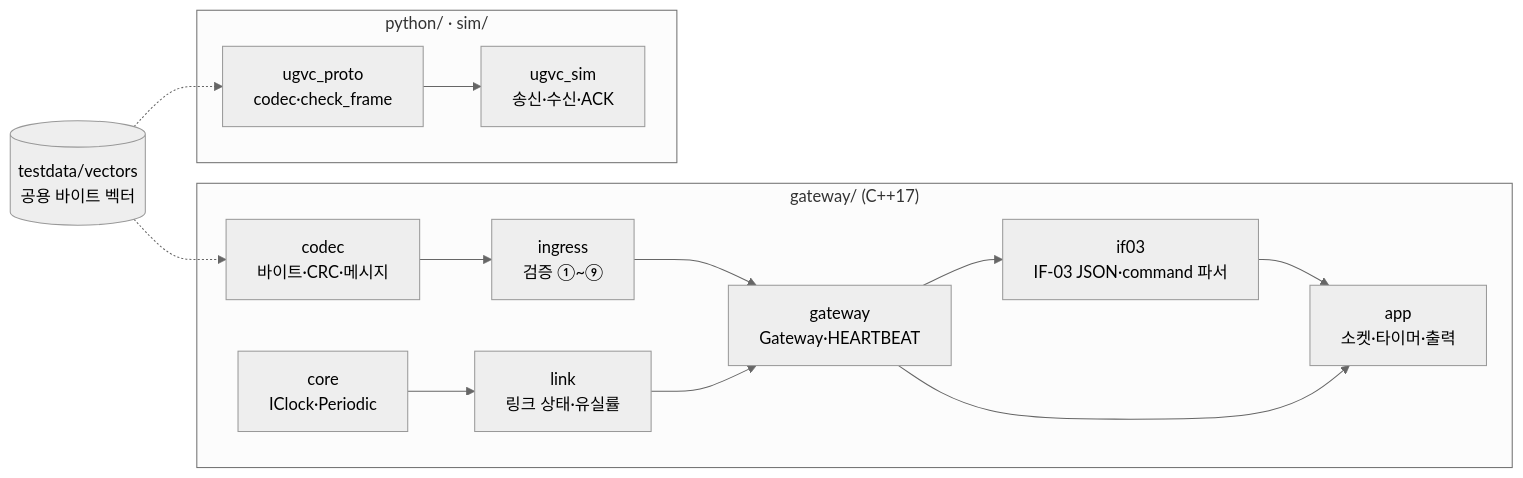
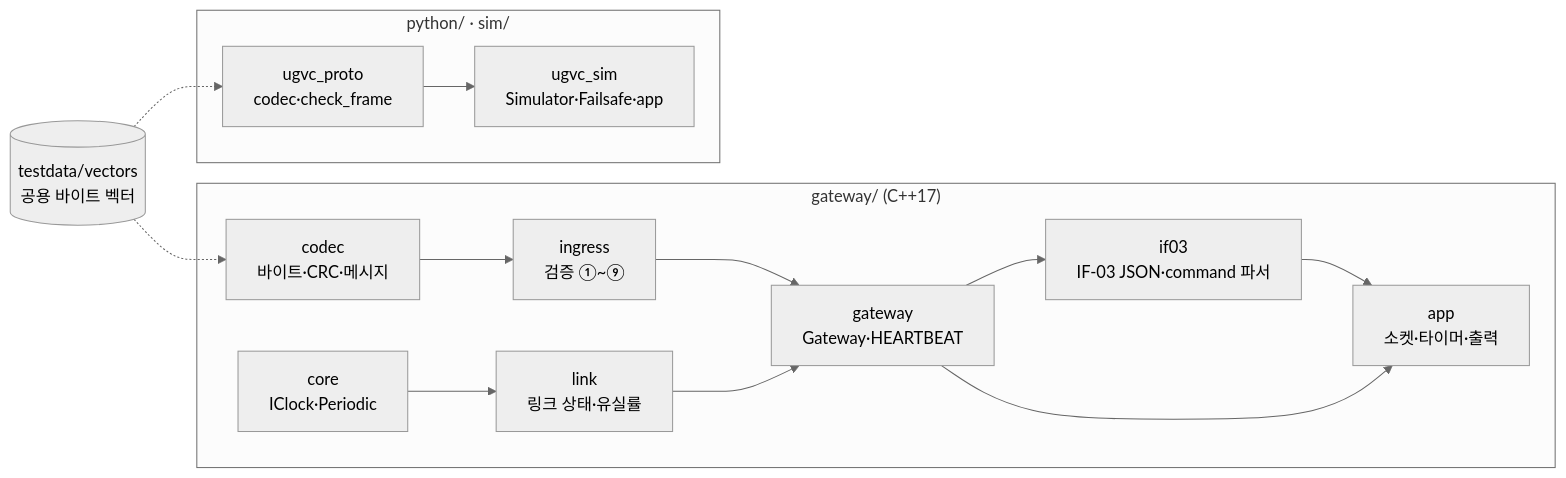
Before and after one commit to PuniPaw/ugv-control-hmi: the first of 7 diagrams in docs/03_SDD.md, drawn with Mermaid (neutral theme). The commit also changed other lines of this file and 1 other file, not shown here.

First line of the commit message:
docs: SDD v0.4 SIM 한 프로세스·Failsafe, STP v0.17 TC-SAFE [REQ-SAFE-001] [REQ-SAFE-002]

````diff
--- a/docs/03_SDD.md
+++ b/docs/03_SDD.md
@@ -40,17 +41,17 @@
 ```mermaid
 flowchart LR
     subgraph GW["gateway/ (C++17)"]
         codec["codec<br/>바이트·CRC·메시지"] --> ingress["ingress<br/>검증 ①~⑨"]
         core["core<br/>IClock·Periodic"] --> link["link<br/>링크 상태·유실률"]
         ingress --> gw["gateway<br/>Gateway·HEARTBEAT"]
         link --> gw
         gw --> if03["if03<br/>IF-03 JSON·command 파서"]
         if03 --> app["app<br/>소켓·타이머·출력"]
         gw --> app
     end
     subgraph PY["python/ · sim/"]
-        proto["ugvc_proto<br/>codec·check_frame"] --> sim["ugvc_sim<br/>송신·수신·ACK"]
+        proto["ugvc_proto<br/>codec·check_frame"] --> sim["ugvc_sim<br/>Simulator·Failsafe·app"]
     end
     vectors[("testdata/vectors<br/>공용 바이트 벡터")] -.-> codec
     vectors -.-> proto
 ```
````
